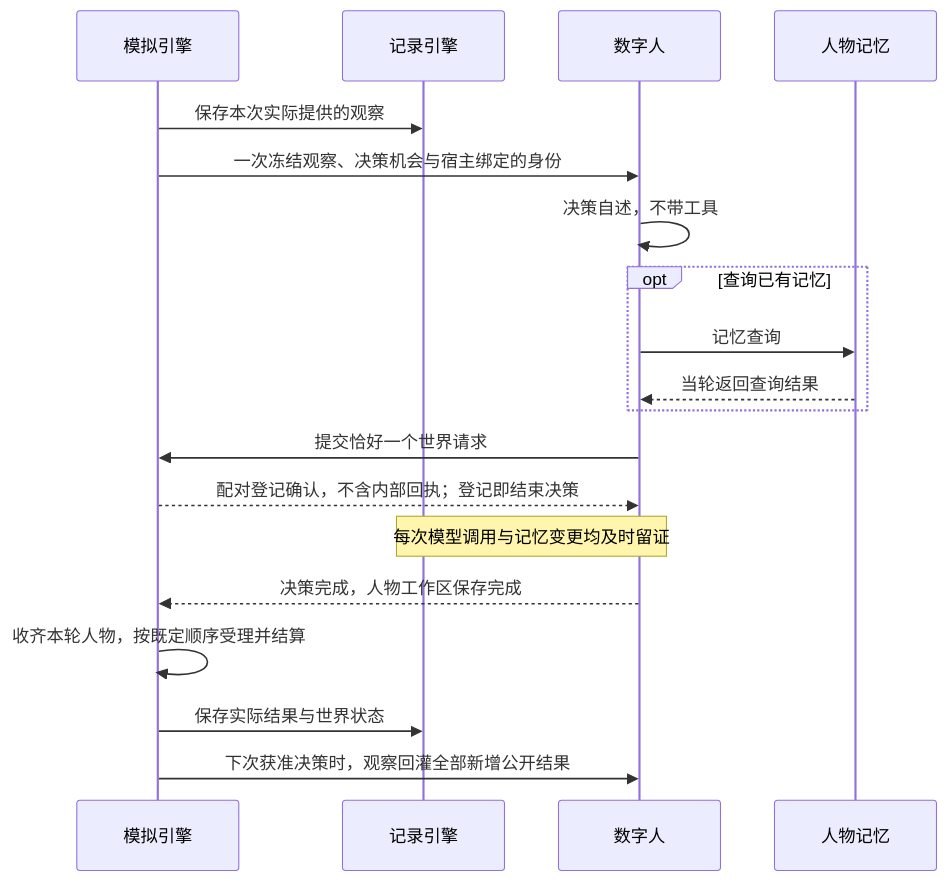
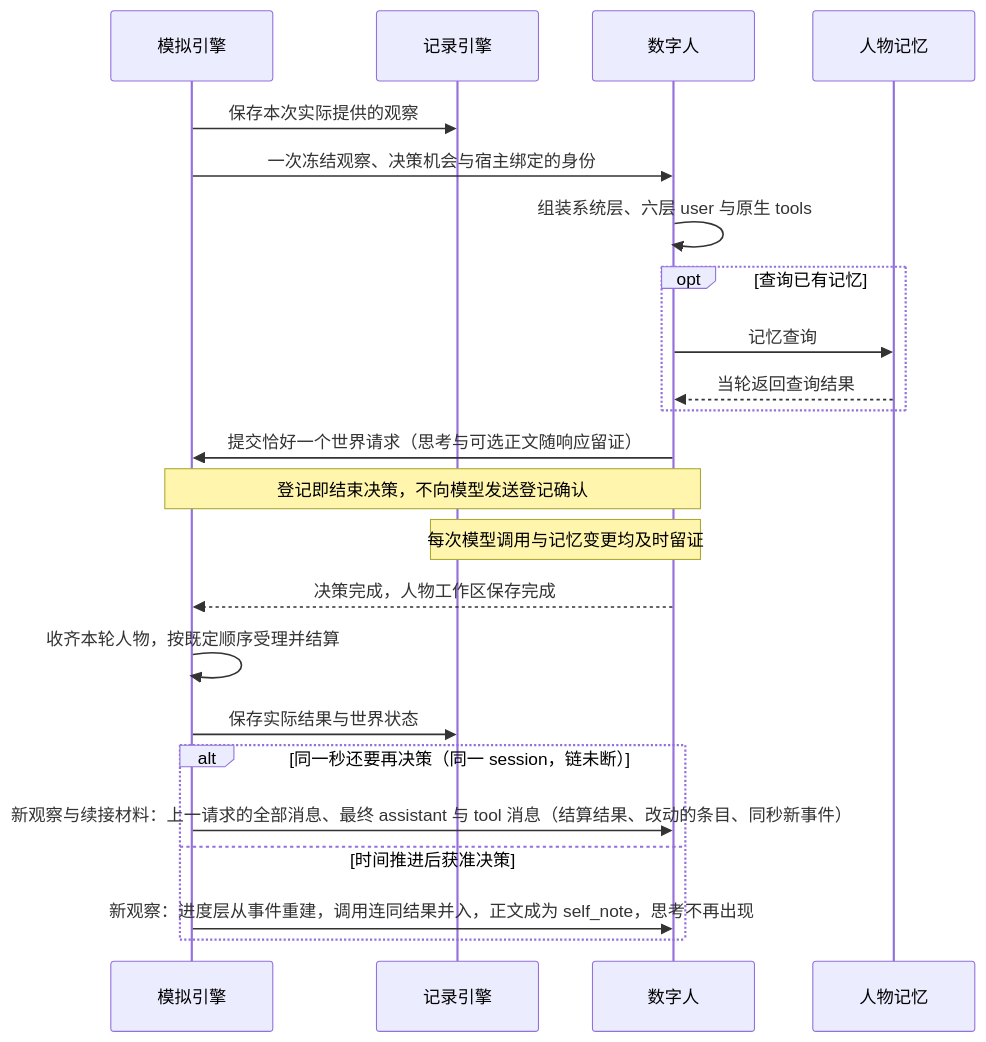
The fourth of 9 diagrams in docs/design/04-simulation-engine.md (HoldThatThgt/WorldMock), drawn with Mermaid before and after one commit. The commit also changed other lines of this file and 11 other files, not shown here.

````diff
--- a/docs/design/04-simulation-engine.md
+++ b/docs/design/04-simulation-engine.md
@@ -249,21 +260,25 @@
 ```mermaid
 sequenceDiagram
     participant S as 模拟引擎
     participant R as 记录引擎
     participant A as 数字人
     participant M as 人物记忆
     S->>R: 保存本次实际提供的观察
     S->>A: 一次冻结观察、决策机会与宿主绑定的身份
-    A->>A: 决策自述，不带工具
+    A->>A: 组装系统层、六层 user 与原生 tools
     opt 查询已有记忆
         A->>M: 记忆查询
         M-->>A: 当轮返回查询结果
     end
-    A->>S: 提交恰好一个世界请求
-    S-->>A: 配对登记确认，不含内部回执；登记即结束决策
+    A->>S: 提交恰好一个世界请求（思考与可选正文随响应留证）
+    Note over A,S: 登记即结束决策，不向模型发送登记确认
     Note over A,R: 每次模型调用与记忆变更均及时留证
     A-->>S: 决策完成，人物工作区保存完成
     S->>S: 收齐本轮人物，按既定顺序受理并结算
     S->>R: 保存实际结果与世界状态
-    S->>A: 下次获准决策时，观察回灌全部新增公开结果
+    alt 同一秒还要再决策（同一 session，链未断）
+        S->>A: 新观察与续接材料：上一请求的全部消息、最终 assistant 与 tool 消息（结算结果、改动的条目、同秒新事件）
+    else 时间推进后获准决策
+        S->>A: 新观察：进度层从事件重建，调用连同结果并入，正文成为 self_note，思考不再出现
+    end
 ```
````
